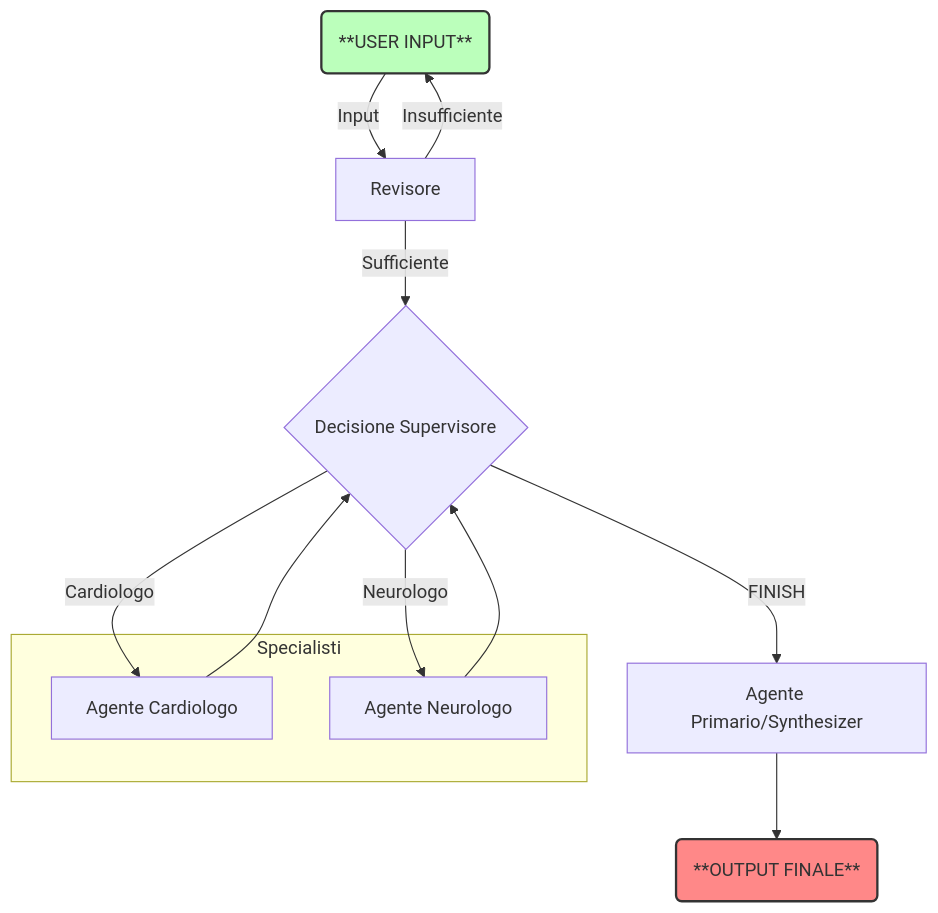
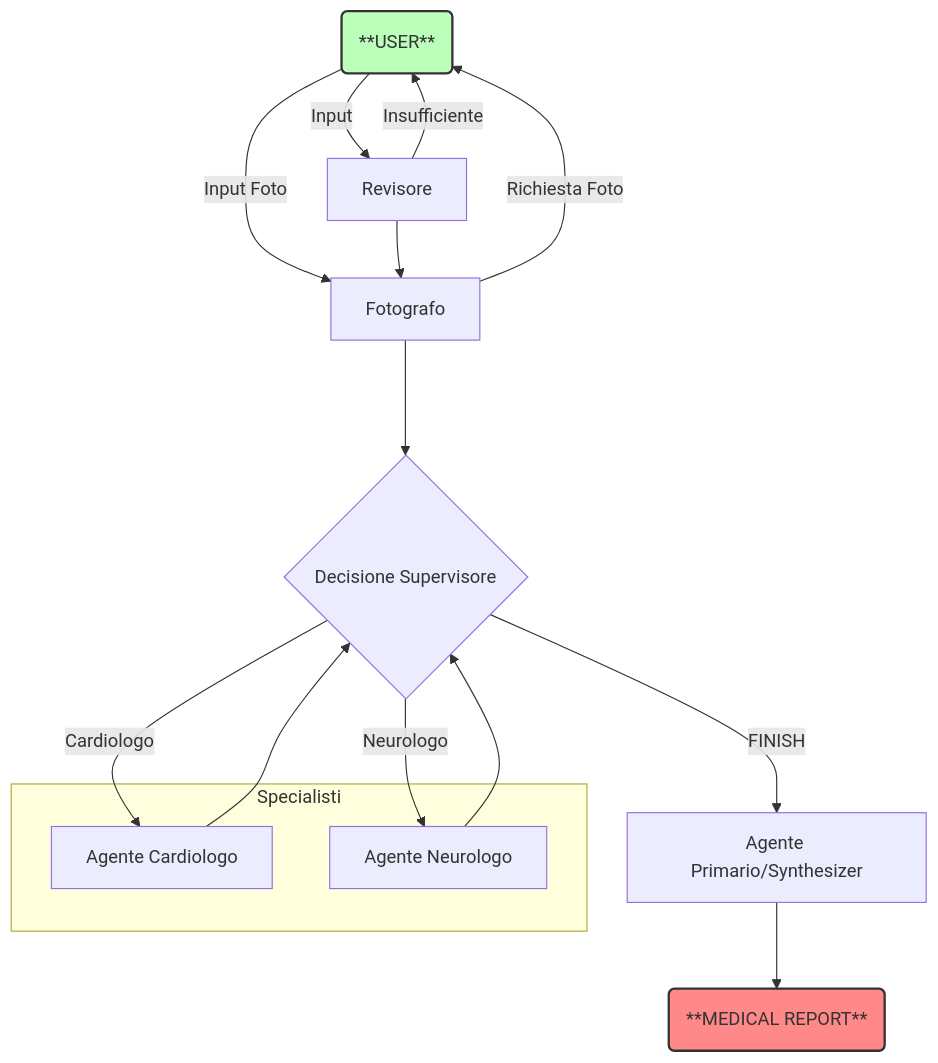
One commit to Lombardi2003/V.I.T.A. changed the first of 2 diagrams in README.md. Above: the diagram before and after it, drawn with Mermaid. The commit also changed other lines of this file and 4 other files, not shown here.

````diff
--- a/README.md
+++ b/README.md
@@ -22,23 +22,26 @@
 ```mermaid
 graph
-    Start(**USER INPUT**) --Input--> Revisore
-    Revisore --Sufficiente--> Supervisor{Decisione Supervisore}
-    Revisore --Insufficiente--> Start(**USER INPUT**)
+    Start(**USER**) --Input--> Revisore
+    Start(**USER**) -- Input Foto --> Fotografo
+    Revisore --> Fotografo
+    Fotografo -- Richiesta Foto --> Start(**USER**)
+    Fotografo ---> Supervisor{Decisione Supervisore}
+    Revisore --Insufficiente--> Start(**USER**)
 
     subgraph Specialisti
         Cardio[Agente Cardiologo]
         Neuro[Agente Neurologo]
     end
     
     Supervisor --"Cardiologo"--> Cardio
     Supervisor --"Neurologo"--> Neuro
 
     Cardio --> Supervisor
     Neuro --> Supervisor
 
     Supervisor --"FINISH"--> Primary[Agente Primario/Synthesizer]
-    Primary --> End(**OUTPUT FINALE**)
+    Primary --> End(**MEDICAL REPORT**)
 
     style Start fill:#bfb,stroke:#333,stroke-width:2px
     style End fill:#f88,stroke:#333,stroke-width:2px
 ```
````
